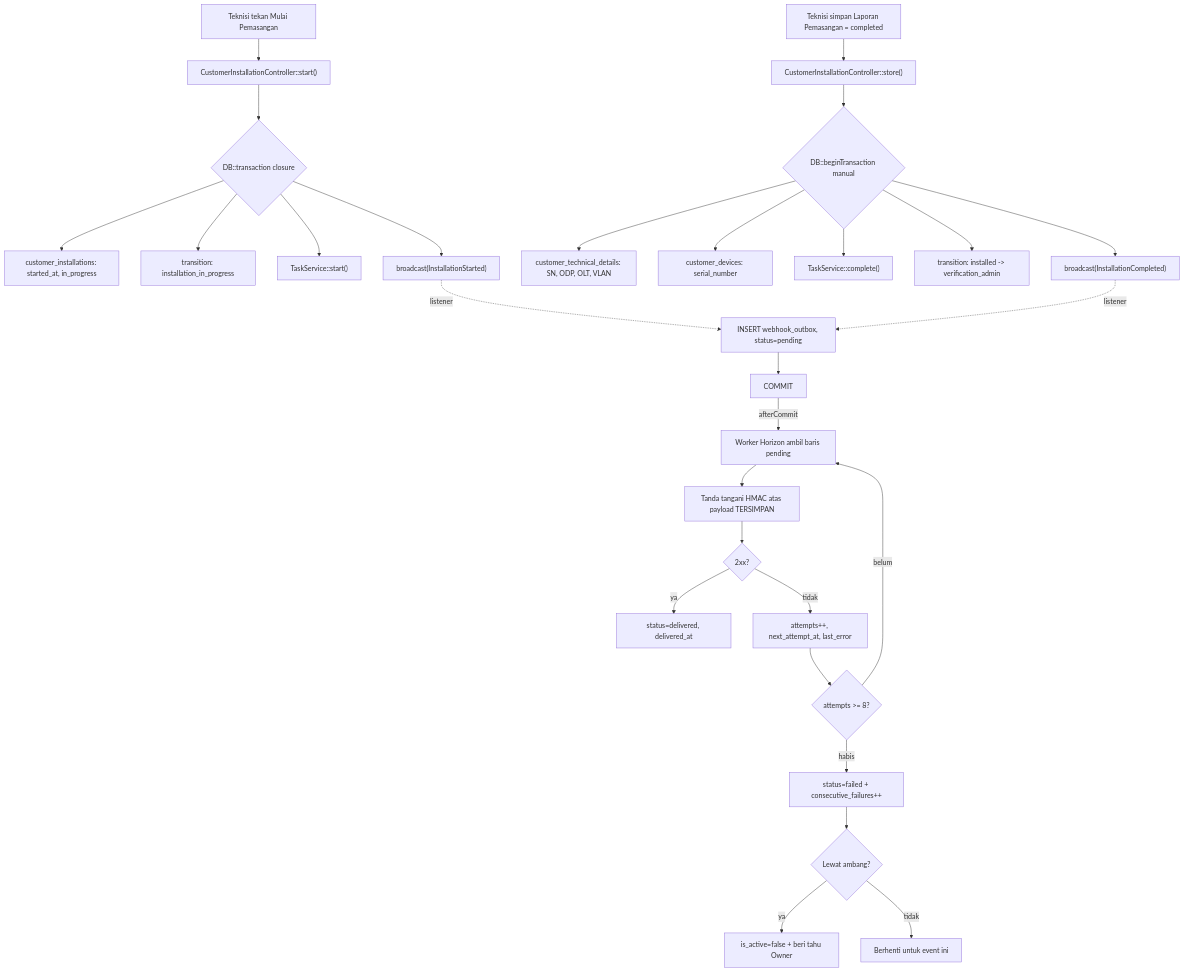
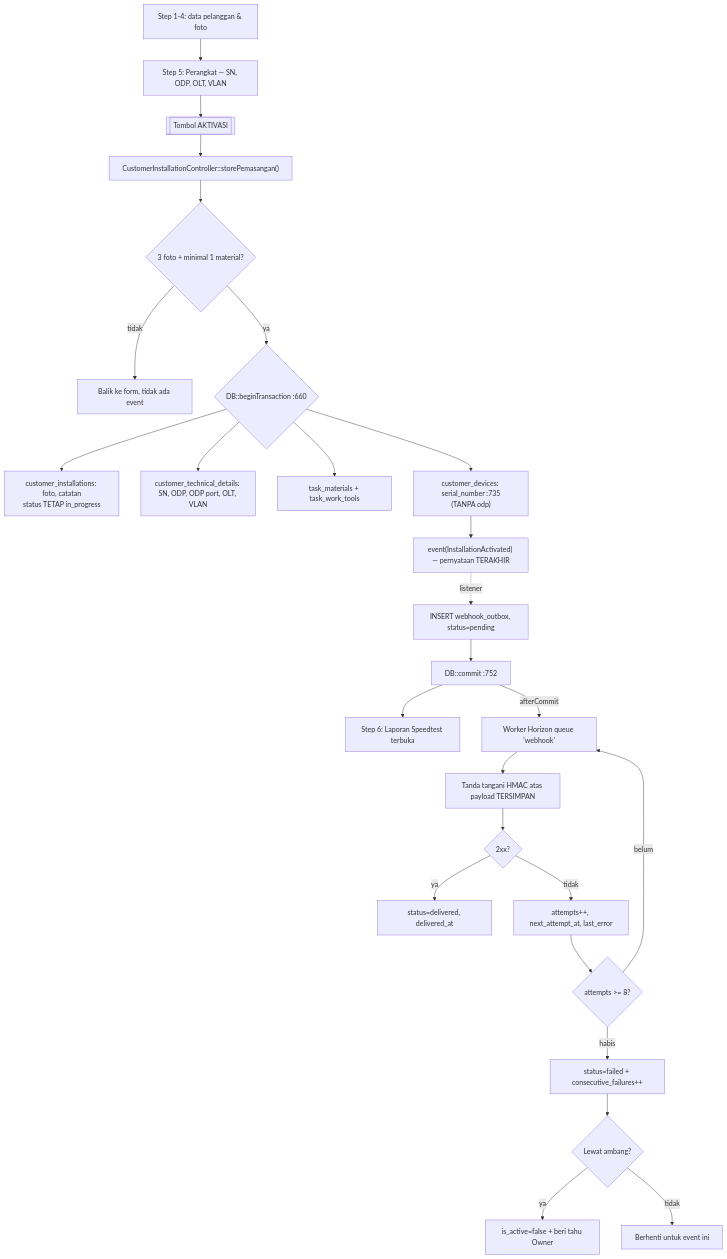
One commit to YofhiFauda/whusnet-operasional changed the first of 6 diagrams in docs/api/flowchart.md. Above: the diagram before and after it, drawn with Mermaid. The commit also changed other lines of this file and 12 other files, not shown here.

````diff
--- a/docs/api/flowchart.md
+++ b/docs/api/flowchart.md
@@ -5,32 +9,29 @@
 ```mermaid
 flowchart TD
-    A[Teknisi tekan Mulai Pemasangan] --> B["CustomerInstallationController::start()"]
-    B --> C{"DB::transaction closure"}
-    C --> D[customer_installations: started_at, in_progress]
-    C --> E[transition: installation_in_progress]
-    C --> F["TaskService::start()"]
-    C --> G["broadcast(InstallationStarted)"]
-    G -.->|listener| H[INSERT webhook_outbox, status=pending]
+    W1[Step 1-4: data pelanggan & foto] --> W5[Step 5: Perangkat — SN, ODP, OLT, VLAN]
+    W5 --> BTN[["Tombol AKTIVASI"]]
+    BTN --> A["CustomerInstallationController::storePemasangan()"]
+    A --> GATE{3 foto + minimal 1 material?}
+    GATE -->|tidak| ERR[Balik ke form, tidak ada event]
+    GATE -->|ya| TX{"DB::beginTransaction :660"}
+    TX --> D[customer_installations: foto, catatan<br/>status TETAP in_progress]
+    TX --> E[customer_technical_details: SN, ODP, ODP port, OLT, VLAN]
+    TX --> F[task_materials + task_work_tools]
+    TX --> G["customer_devices: serial_number :735<br/>(TANPA odp)"]
+    G --> EV["event(InstallationActivated) — pernyataan TERAKHIR"]
+    EV -.->|listener| H[INSERT webhook_outbox, status=pending]
+    H --> Q["DB::commit :752"]
+    Q --> W6[Step 6: Laporan Speedtest terbuka]
 
-    I[Teknisi simpan Laporan Pemasangan = completed] --> J["CustomerInstallationController::store()"]
-    J --> K{"DB::beginTransaction manual"}
-    K --> L[customer_technical_details: SN, ODP, OLT, VLAN]
-    K --> M[customer_devices: serial_number]
-    K --> N["TaskService::complete()"]
-    K --> O[transition: installed -> verification_admin]
-    K --> P["broadcast(InstallationCompleted)"]
-    P -.->|listener| H
-
-    H --> Q[COMMIT]
-    Q -->|afterCommit| R[Worker Horizon ambil baris pending]
+    Q -->|afterCommit| R[Worker Horizon queue 'webhook']
     R --> S[Tanda tangani HMAC atas payload TERSIMPAN]
     S --> T{2xx?}
     T -->|ya| U[status=delivered, delivered_at]
     T -->|tidak| V[attempts++, next_attempt_at, last_error]
-    V --> W{attempts >= 8?}
-    W -->|belum| R
-    W -->|habis| X[status=failed + consecutive_failures++]
-    X --> Y{Lewat ambang?}
-    Y -->|ya| Z[is_active=false + beri tahu Owner]
-    Y -->|tidak| AA[Berhenti untuk event ini]
+    V --> X{attempts >= 8?}
+    X -->|belum| R
+    X -->|habis| Y[status=failed + consecutive_failures++]
+    Y --> Z{Lewat ambang?}
+    Z -->|ya| Z1[is_active=false + beri tahu Owner]
+    Z -->|tidak| Z2[Berhenti untuk event ini]
 ```
````
